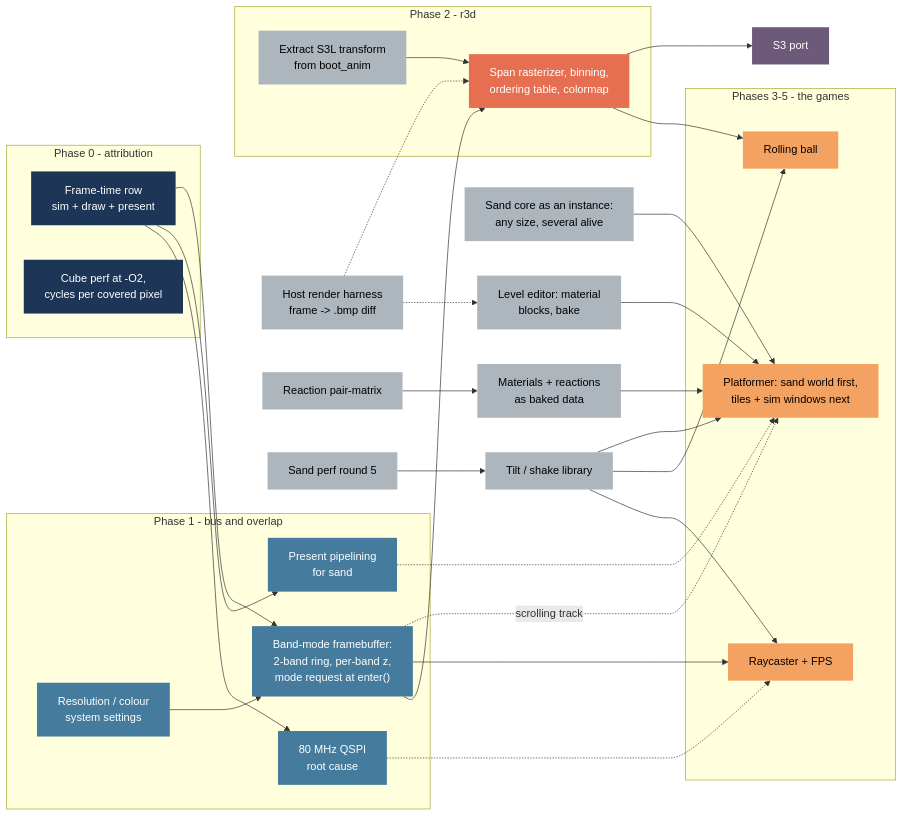
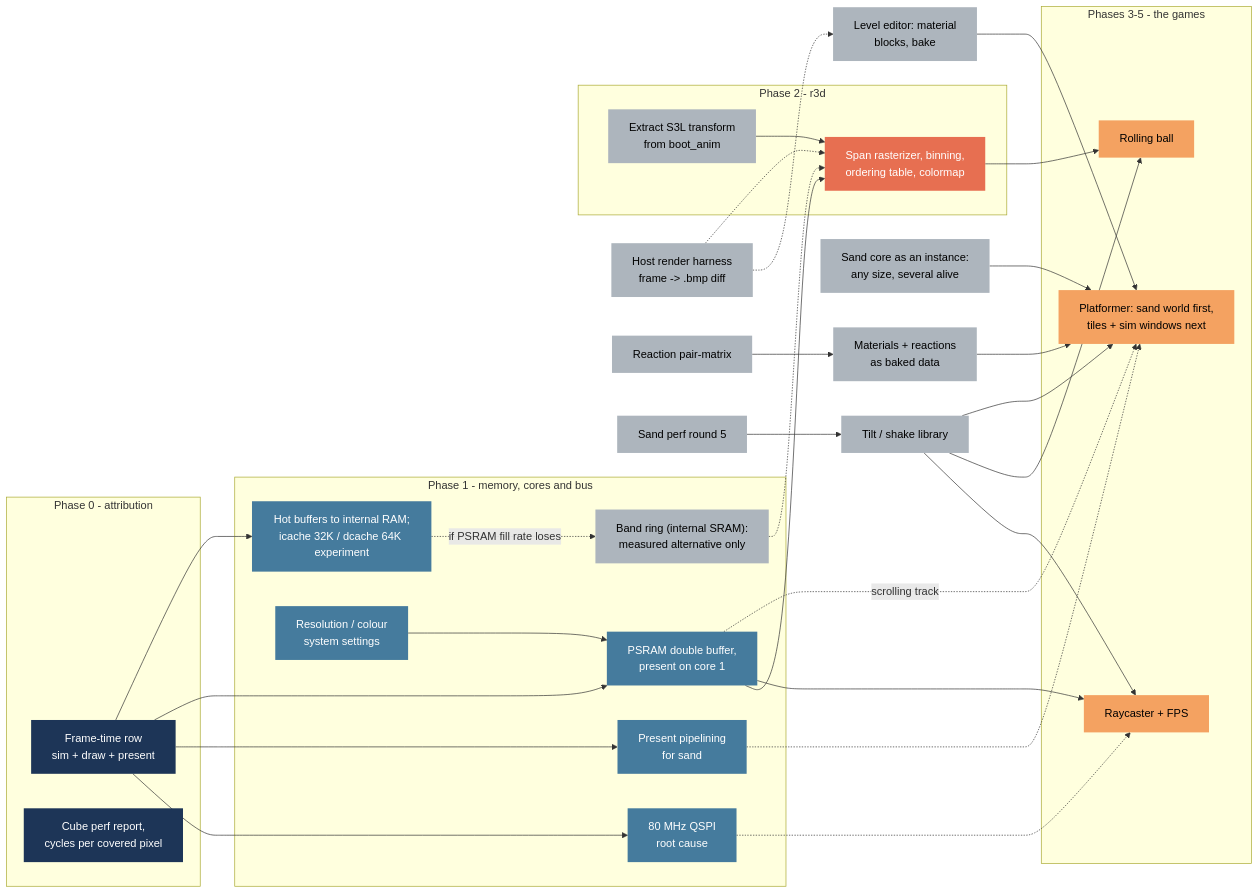
One commit to jose-villegas/autana changed the first of 2 diagrams in docs/Autana-Rendering-Roadmap.md. Above: the diagram before and after it, drawn with Mermaid. The commit also changed other lines of this file, not shown here.

First line of the commit message:
docs: the rendering roadmap is for the ESP32-S3

````diff
--- a/docs/Autana-Rendering-Roadmap.md
+++ b/docs/Autana-Rendering-Roadmap.md
@@ -29,61 +31,62 @@
 ```mermaid
 flowchart LR
-  classDef done fill:#2d6a4f,color:#fff,stroke:none
   classDef p0 fill:#1d3557,color:#fff,stroke:none
   classDef p1 fill:#457b9d,color:#fff,stroke:none
   classDef p2 fill:#e76f51,color:#fff,stroke:none
   classDef game fill:#f4a261,color:#000,stroke:none
-  classDef port fill:#6d597a,color:#fff,stroke:none
   classDef side fill:#adb5bd,color:#000,stroke:none
 
   subgraph P0["Phase 0 - attribution"]
     frameTime["Frame-time row<br/>sim + draw + present"]:::p0
-    cubePerf["Cube perf at -O2,<br/>cycles per covered pixel"]:::p0
+    cubePerf["Cube perf report,<br/>cycles per covered pixel"]:::p0
   end
-  subgraph P1["Phase 1 - bus and overlap"]
+  subgraph P1["Phase 1 - memory, cores and bus"]
     busRoot["80 MHz QSPI<br/>root cause"]:::p1
     presentPipe["Present pipelining<br/>for sand"]:::p1
-    bandMode["Band-mode framebuffer:<br/>2-band ring, per-band z,<br/>mode request at enter()"]:::p1
+    doubleBuffer["PSRAM double buffer,<br/>present on core 1"]:::p1
+    memPlacement["Hot buffers to internal RAM;<br/>icache 32K / dcache 64K experiment"]:::p1
+    bandRingAlt["Band ring (internal SRAM):<br/>measured alternative only"]:::side
     resSettings["Resolution / colour<br/>system settings"]:::p1
   end
   subgraph P2["Phase 2 - r3d"]
     s3lExtract["Extract S3L transform<br/>from boot_anim"]:::side
     rasterizer["Span rasterizer, binning,<br/>ordering table, colormap"]:::p2
   end
   subgraph G["Phases 3-5 - the games"]
     raycaster["Raycaster + FPS"]:::game
     rollingBall["Rolling ball"]:::game
     platformer["Platformer: sand world first,<br/>tiles + sim windows next"]:::game
   end
-  s3Port["S3 port"]:::port
   hostHarness["Host render harness<br/>frame -> .bmp diff"]:::side
   levelEditor["Level editor: material<br/>blocks, bake"]:::side
   materialData["Materials + reactions<br/>as baked data"]:::side
   sandInstance["Sand core as an instance:<br/>any size, several alive"]:::side
   reactionMatrix["Reaction pair-matrix"]:::side
   tiltShake["Tilt / shake library"]:::side
   sandPerf5["Sand perf round 5"]:::side
 
   frameTime --> busRoot
   frameTime --> presentPipe
-  frameTime --> bandMode
-  resSettings --> bandMode
-  bandMode --> rasterizer
+  frameTime --> doubleBuffer
+  frameTime --> memPlacement
+  resSettings --> doubleBuffer
+  memPlacement -.->|if PSRAM fill rate loses| bandRingAlt
+  doubleBuffer --> rasterizer
+  bandRingAlt -.-> rasterizer
   s3lExtract --> rasterizer
-  bandMode --> raycaster
+  doubleBuffer --> raycaster
   tiltShake --> raycaster
   rasterizer --> rollingBall
   tiltShake --> rollingBall
   levelEditor --> platformer
   materialData --> platformer
   sandInstance --> platformer
   tiltShake --> platformer
   reactionMatrix --> materialData
-  bandMode -.->|scrolling track| platformer
-  rasterizer --> s3Port
+  doubleBuffer -.->|scrolling track| platformer
   sandPerf5 --> tiltShake
   hostHarness -.-> rasterizer
   hostHarness -.-> levelEditor
   busRoot -.-> raycaster
   presentPipe -.-> platformer
 ```
````
